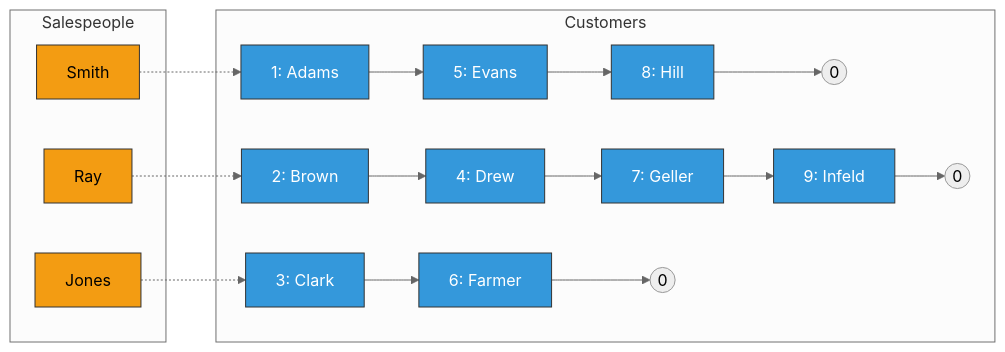
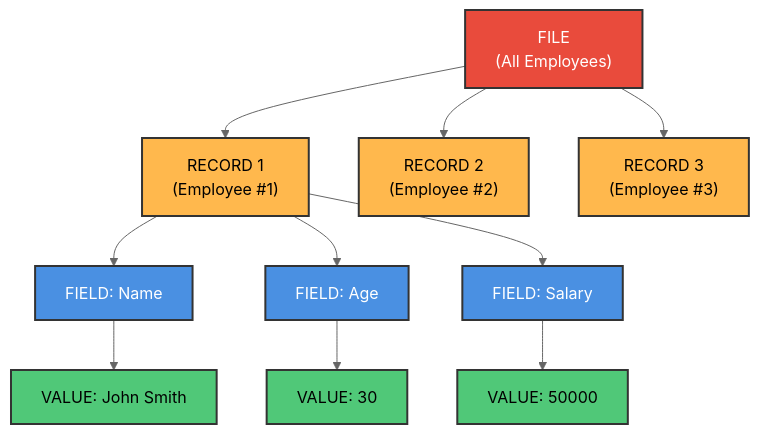
Before and after one commit to M-F-Tushar/CSE-2101-Data-Structure: the third of 14 diagrams in Chapter 1 - Introduction and Overview/README.md, drawn with Mermaid (neutral theme). The commit also changed other lines of this file, not shown here.

````diff
--- a/Chapter 1 - Introduction and Overview/README.md
+++ b/Chapter 1 - Introduction and Overview/README.md
@@ -429,32 +163,25 @@
 ```mermaid
-graph LR
-    subgraph Salespeople
-        S1[Smith]
-        S2[Ray]
-        S3[Jones]
-    end
-
-    subgraph Customers
-        C1[1: Adams] --> C5[5: Evans] --> C8[8: Hill] --> END1((0))
-        C2[2: Brown] --> C4[4: Drew] --> C7[7: Geller] --> C9[9: Infeld] --> END2((0))
-        C3[3: Clark] --> C6[6: Farmer] --> END3((0))
-    end
-
-    S1 -.-> C1
-    S2 -.-> C2
-    S3 -.-> C3
-
-    style S1 fill:#f39c12,stroke:#333
-    style S2 fill:#f39c12,stroke:#333
-    style S3 fill:#f39c12,stroke:#333
+graph TD
+    A["FILE<br/>(All Employees)"] --> B["RECORD 1<br/>(Employee #1)"]
+    A --> C["RECORD 2<br/>(Employee #2)"]
+    A --> D["RECORD 3<br/>(Employee #3)"]
     
-    style C1 fill:#3498db,stroke:#333,color:#fff
-    style C2 fill:#3498db,stroke:#333,color:#fff
-    style C3 fill:#3498db,stroke:#333,color:#fff
-    style C4 fill:#3498db,stroke:#333,color:#fff
-    style C5 fill:#3498db,stroke:#333,color:#fff
-    style C6 fill:#3498db,stroke:#333,color:#fff
-    style C7 fill:#3498db,stroke:#333,color:#fff
-    style C8 fill:#3498db,stroke:#333,color:#fff
-    style C9 fill:#3498db,stroke:#333,color:#fff
+    B --> E["FIELD: Name"]
+    B --> F["FIELD: Age"]
+    B --> G["FIELD: Salary"]
+    
+    E --> H["VALUE: John Smith"]
+    F --> I["VALUE: 30"]
+    G --> J["VALUE: 50000"]
+    
+    style A fill:#E94B3C,stroke:#333,stroke-width:2px,color:#fff
+    style B fill:#FFB84D,stroke:#333,stroke-width:2px,color:#000
+    style C fill:#FFB84D,stroke:#333,stroke-width:2px,color:#000
+    style D fill:#FFB84D,stroke:#333,stroke-width:2px,color:#000
+    style E fill:#4A90E2,stroke:#333,stroke-width:2px,color:#fff
+    style F fill:#4A90E2,stroke:#333,stroke-width:2px,color:#fff
+    style G fill:#4A90E2,stroke:#333,stroke-width:2px,color:#fff
+    style H fill:#50C878,stroke:#333,stroke-width:2px,color:#000
+    style I fill:#50C878,stroke:#333,stroke-width:2px,color:#000
+    style J fill:#50C878,stroke:#333,stroke-width:2px,color:#000
 ```
````
